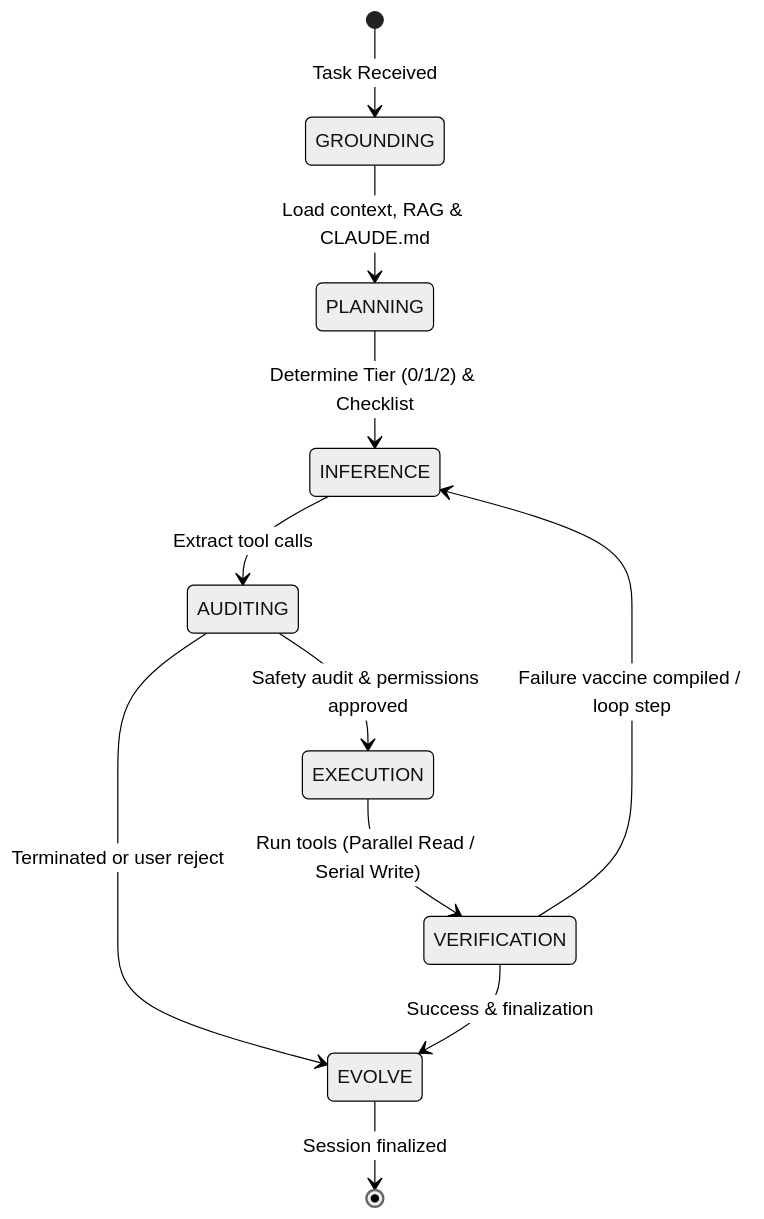
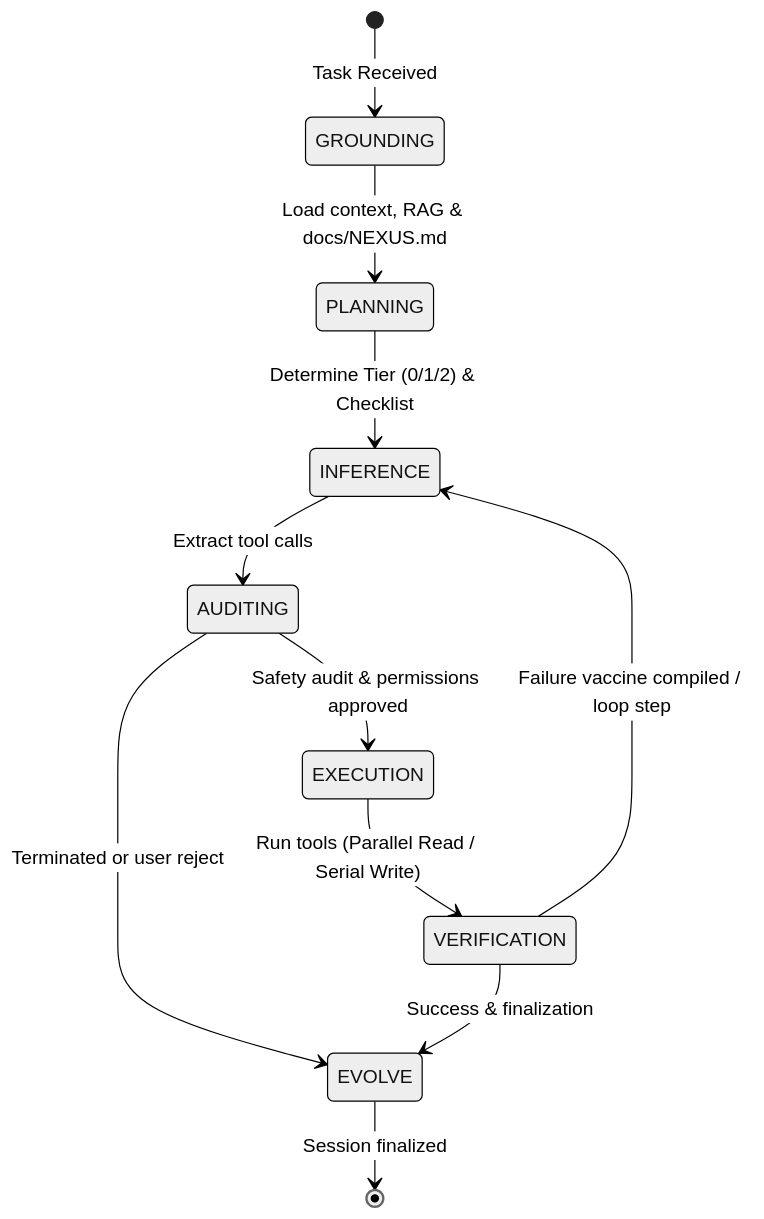
Before and after one commit to HIMANSHU11827/NEXUS: the diagram in docs/AGENT_LOOP.md, drawn with Mermaid (neutral theme). The commit also changed other lines of this file and 5455 other files, not shown here.

````diff
--- a/docs/AGENT_LOOP.md
+++ b/docs/AGENT_LOOP.md
@@ -11,13 +11,13 @@
 ```mermaid
 stateDiagram-v2
     [*] --> GROUNDING : Task Received
-    GROUNDING --> PLANNING : Load context, RAG & CLAUDE.md
+    GROUNDING --> PLANNING : Load context, RAG & docs/NEXUS.md
     PLANNING --> INFERENCE : Determine Tier (0/1/2) & Checklist
     INFERENCE --> AUDITING : Extract tool calls
     AUDITING --> EXECUTION : Safety audit & permissions approved
     AUDITING --> EVOLVE : Terminated or user reject
     EXECUTION --> VERIFICATION : Run tools (Parallel Read / Serial Write)
     VERIFICATION --> INFERENCE : Failure vaccine compiled / loop step
     VERIFICATION --> EVOLVE : Success & finalization
     EVOLVE --> [*] : Session finalized
 ```
````
